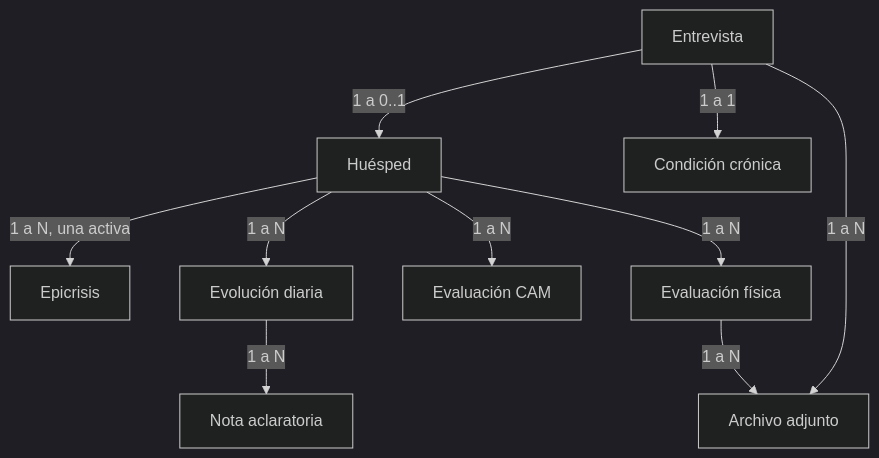
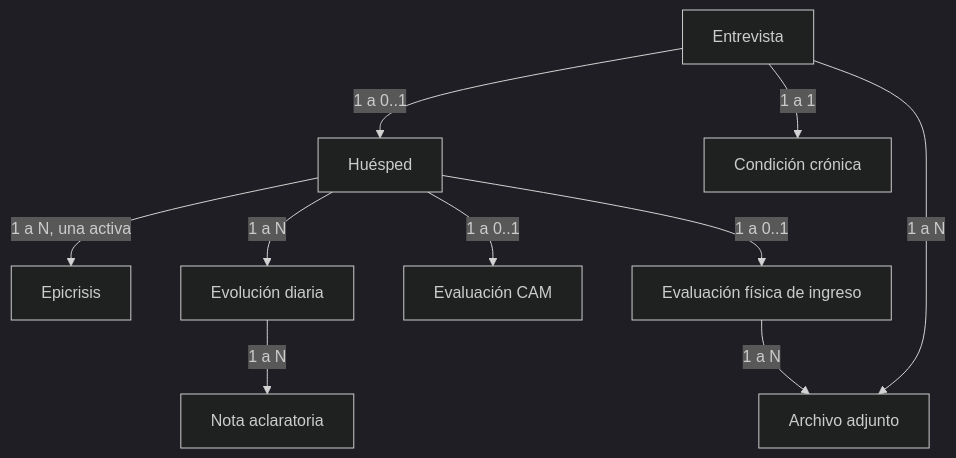
One commit to HospicareMTH/hospicare-web changed the second of 3 diagrams in docs/ERS.md. Above: the diagram before and after it, drawn with Mermaid (dark theme). The commit also changed other lines of this file, not shown here.

First line of the commit message:
docs(ers): define una sola CAM y evaluación física, el número de historia clínica y los renombres de Huéspedes

````diff
--- a/docs/ERS.md
+++ b/docs/ERS.md
@@ -551,12 +558,12 @@
 ```mermaid
 flowchart TD
   E[Entrevista] -->|1 a 0..1| H[Huésped]
   E -->|1 a 1| CC[Condición crónica]
   H -->|1 a N, una activa| EP[Epicrisis]
   H -->|1 a N| EV[Evolución diaria]
-  H -->|1 a N| CAM[Evaluación CAM]
-  H -->|1 a N| FI[Evaluación física]
+  H -->|1 a 0..1| CAM[Evaluación CAM]
+  H -->|1 a 0..1| FI[Evaluación física de ingreso]
   EV -->|1 a N| N[Nota aclaratoria]
   FI -->|1 a N| A[Archivo adjunto]
   E -->|1 a N| A
 ```
````
